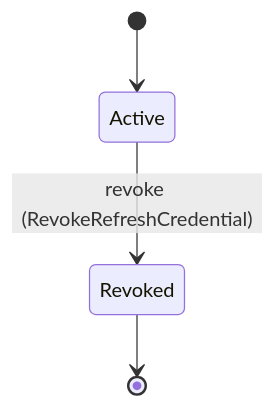
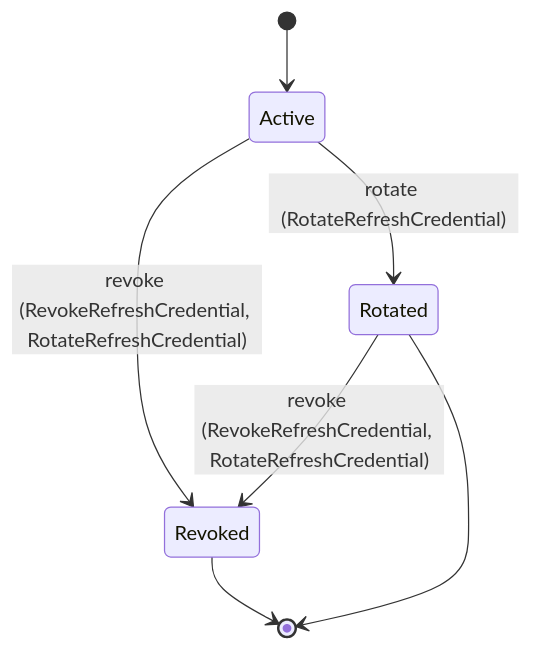
Before and after one commit to beyond10x/mandate: the fifth of 7 diagrams in generated/docs/domains/mandate-identity.md, drawn with Mermaid. The commit also changed other lines of this file and 387 other files, not shown here.

````diff
--- a/generated/docs/domains/mandate-identity.md
+++ b/generated/docs/domains/mandate-identity.md
@@ -169,6 +181,9 @@
 ```mermaid
 stateDiagram-v2
     [*] --> Active
-    Active --> Revoked: revoke (RevokeRefreshCredential)
+    Active --> Rotated: rotate (RotateRefreshCredential)
+    Active --> Revoked: revoke (RevokeRefreshCredential, RotateRefreshCredential)
+    Rotated --> Revoked: revoke (RevokeRefreshCredential, RotateRefreshCredential)
     Revoked --> [*]
+    Rotated --> [*]
 ```
````
